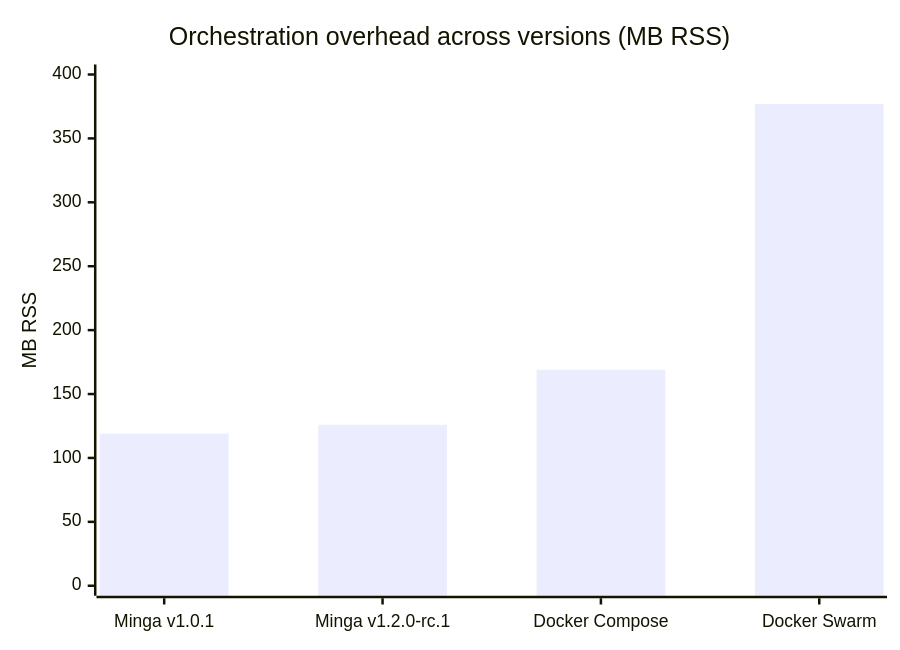
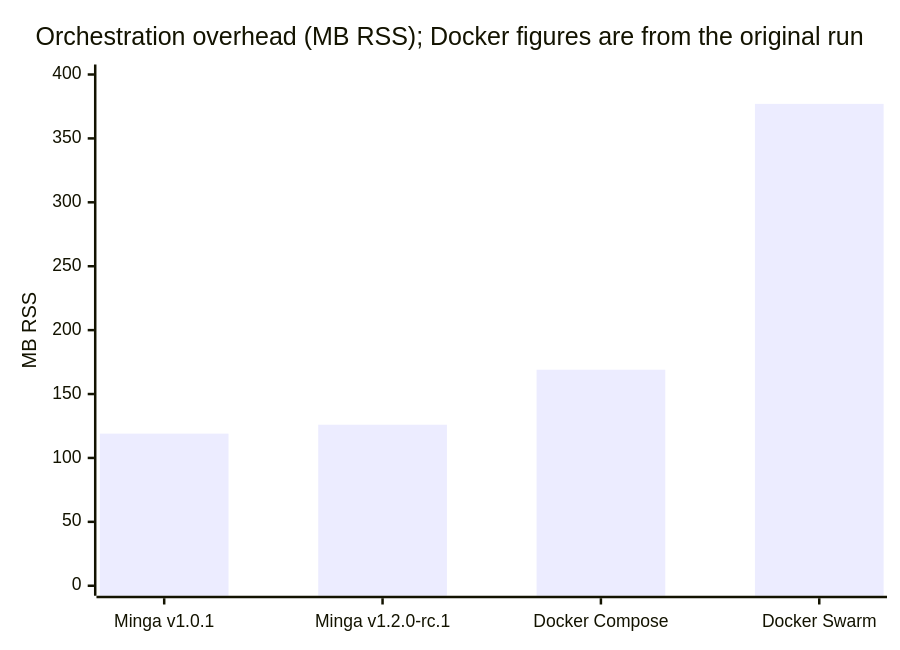
One commit to lithqube/minga changed the third of 3 diagrams in docs/benchmark.md. Above: the diagram before and after it, drawn with Mermaid. The commit also changed other lines of this file, not shown here.

````diff
--- a/docs/benchmark.md
+++ b/docs/benchmark.md
@@ -316,7 +304,7 @@
 ```mermaid
 xychart-beta
-    title "Orchestration overhead across versions (MB RSS)"
+    title "Orchestration overhead (MB RSS); Docker figures are from the original run"
     x-axis ["Minga v1.0.1", "Minga v1.2.0-rc.1", "Docker Compose", "Docker Swarm"]
     y-axis "MB RSS" 0 --> 400
     bar [119, 126, 169, 377]
 ```
````
